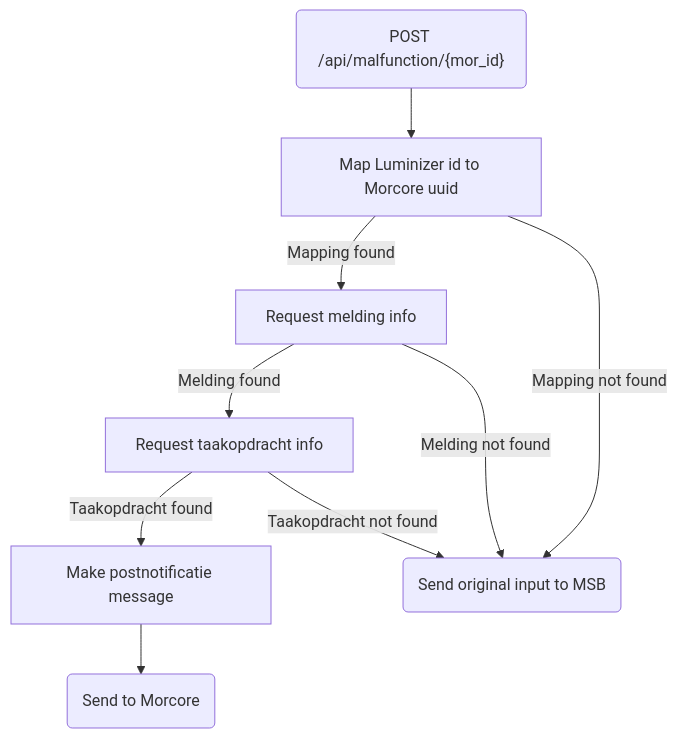
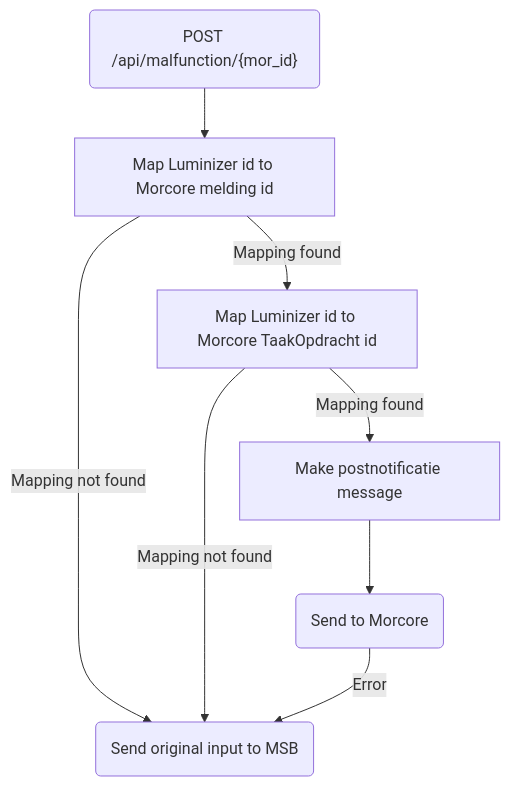
One commit to wearefrank/morcoreintegration changed the diagram in docusaurus/docs/morcoreintegration/luminizer/postnotificatie.md. Above: the diagram before and after it, drawn with Mermaid. The commit also changed other lines of this file, not shown here.

Commit message:
docs: update luminizer_postnotificatie docs

````diff
--- a/docusaurus/docs/morcoreintegration/luminizer/postnotificatie.md
+++ b/docusaurus/docs/morcoreintegration/luminizer/postnotificatie.md
@@ -16,13 +16,12 @@
 ```mermaid
 flowchart TD
-    A("POST /api/malfunction/{mor_id}") --> B[Map Luminizer id to Morcore uuid]
-    B -->|Mapping found| C[Request melding info]
-    C -->|Melding found| D[Request taakopdracht info]
-    D -->|Taakopdracht found| E[Make postnotificatie message]
-    E --> F(Send to Morcore)
+    A("POST /api/malfunction/{mor_id}") --> B[Map Luminizer id to Morcore melding id]
+    B -->|Mapping found| C[Map Luminizer id to Morcore TaakOpdracht id]
+    C -->|Mapping found| D[Make postnotificatie message]
+    D --> E(Send to Morcore)
     
-    G(Send original input to MSB)
-    B -->|Mapping not found| G
-    C -->|Melding not found| G
-    D -->|Taakopdracht not found| G
+    F(Send original input to MSB)
+    B -->|Mapping not found| F
+    C -->|Mapping not found| F
+    E -->|Error| F
 ```
````
